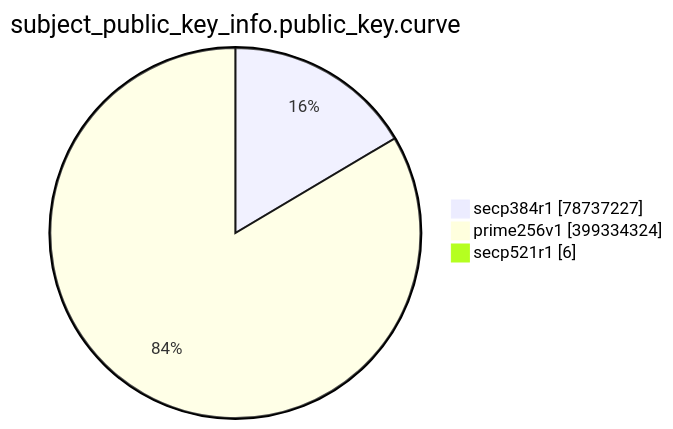
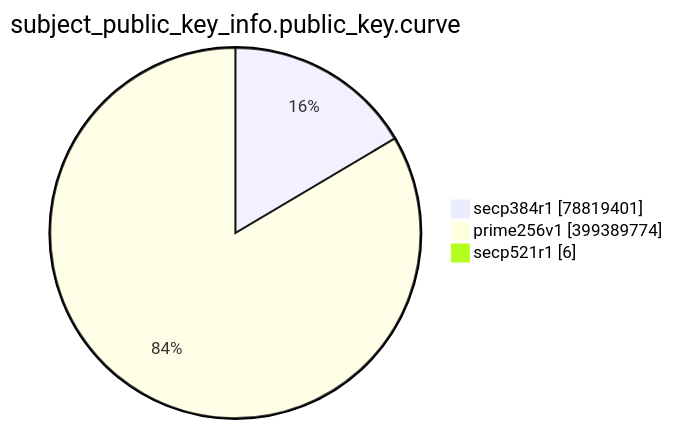
The eighth of 15 diagrams in TOTAL/README.md (christiankrug/ctmonitor_visualization), drawn with Mermaid before and after one commit. The commit also changed other lines of this file, not shown here.

````diff
--- a/TOTAL/README.md
+++ b/TOTAL/README.md
@@ -3095,7 +3095,7 @@
 ```mermaid
 pie showData
 title subject_public_key_info.public_key.curve
-"secp384r1" :78737227
-"prime256v1" :399334324
+"secp384r1" :78819401
+"prime256v1" :399389774
 "secp521r1" :6
 ```
````
